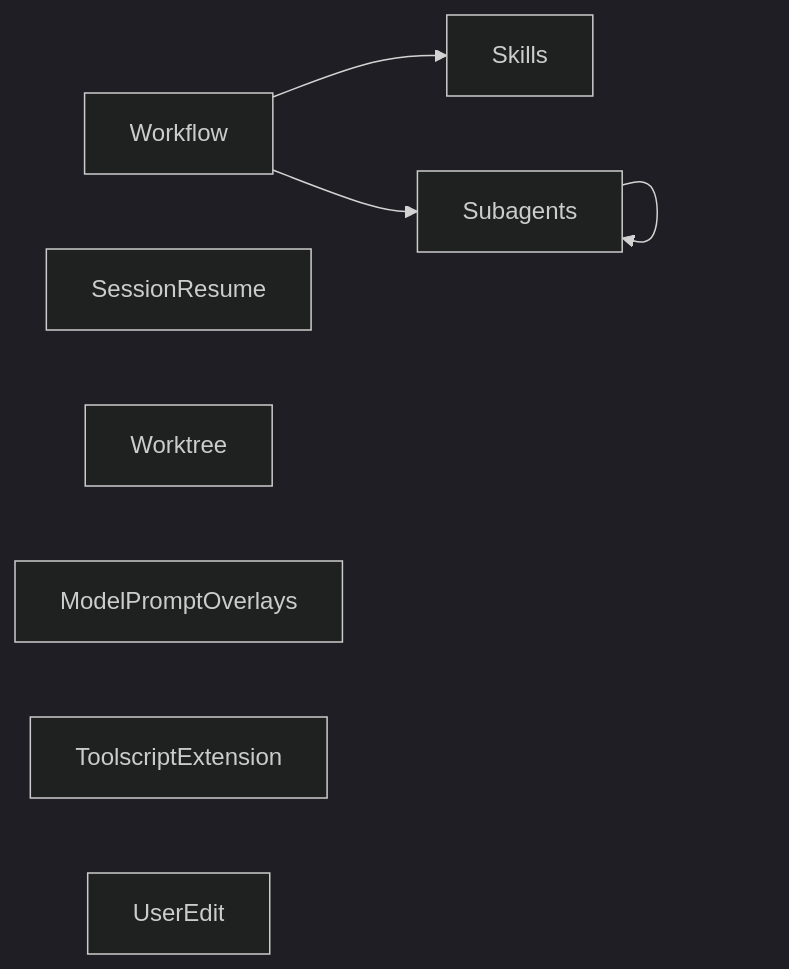
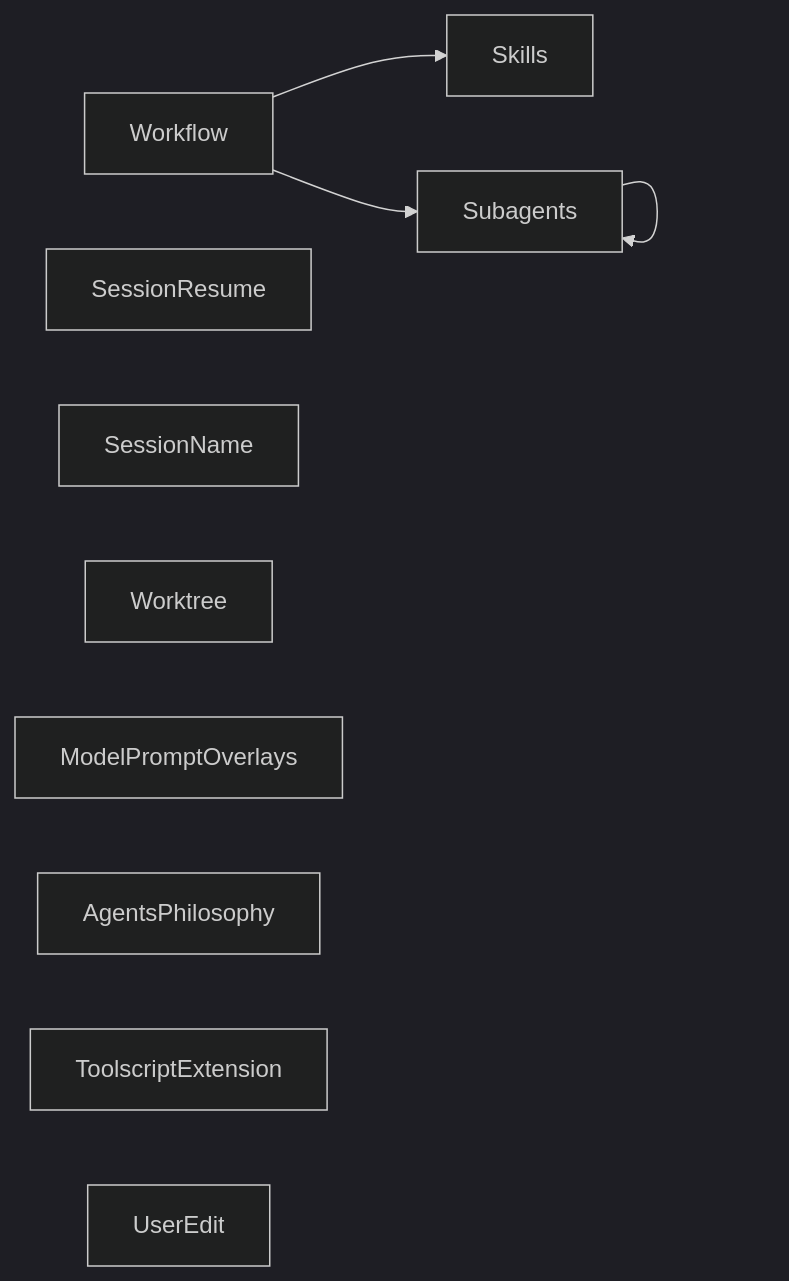
Before and after one commit to alennartz/my-pi: the first of 2 diagrams in codemap.md, drawn with Mermaid (dark theme). The commit also changed other lines of this file and 12 other files, not shown here.

````diff
--- a/codemap.md
+++ b/codemap.md
@@ -7,11 +7,13 @@
 ```mermaid
 graph LR
   Workflow --> Skills
   Workflow --> Subagents
   Subagents --> Subagents
   SessionResume
+  SessionName
   Worktree
   ModelPromptOverlays
+  AgentsPhilosophy
   ToolscriptExtension
   UserEdit
 ```
````
